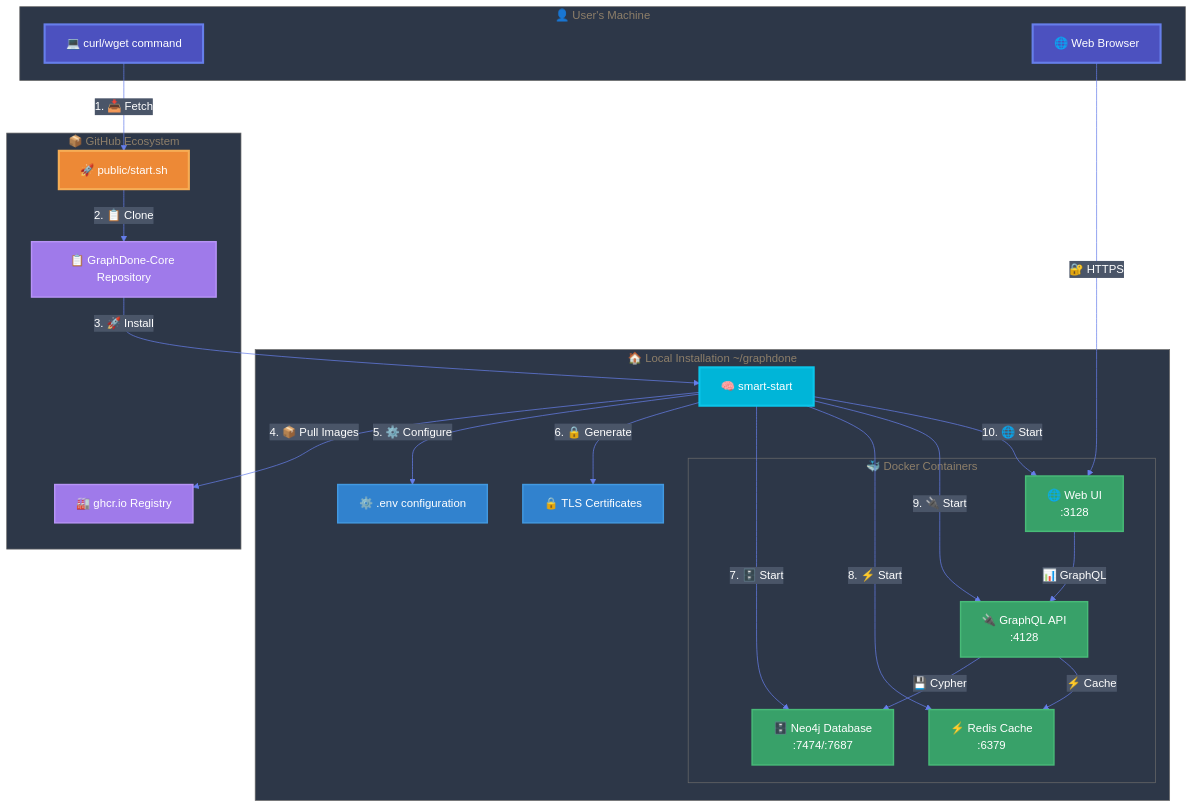
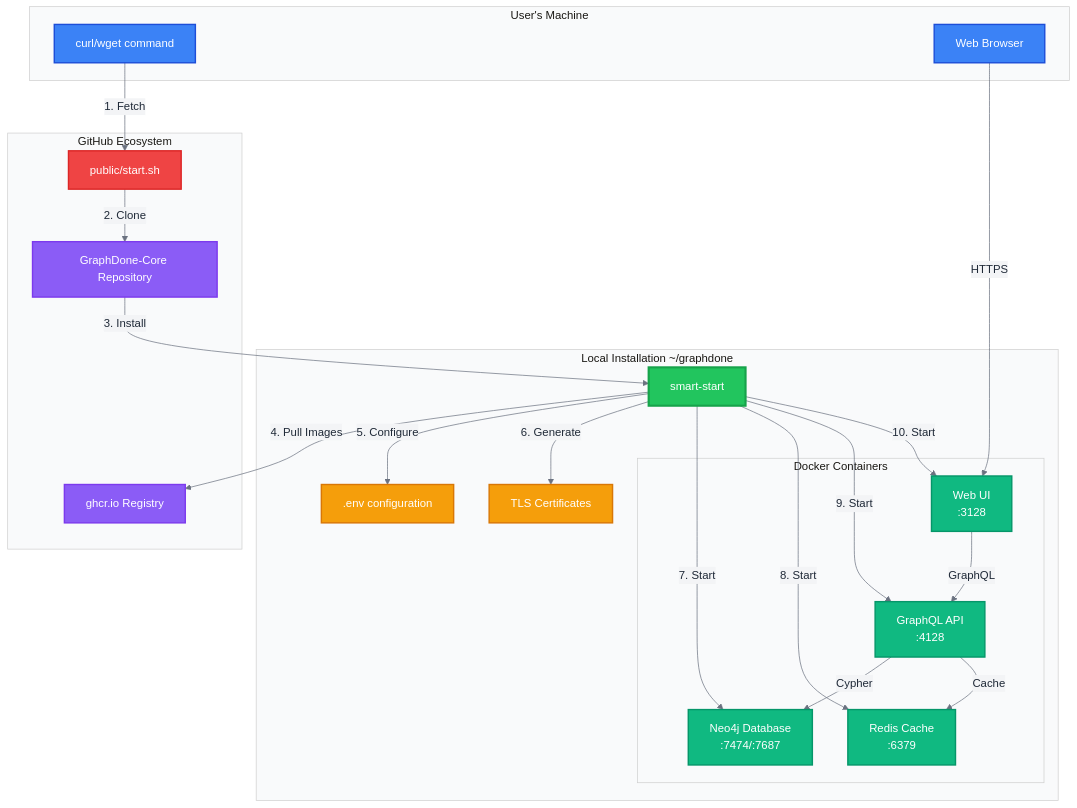
One commit to GraphDone/GraphDone-Core changed the third of 6 diagrams in docs/installation-flow.md. Above: the diagram before and after it, drawn with Mermaid. The commit also changed other lines of this file, not shown here.

First line of the commit message:
🎨 Complete professional redesign of all Mermaid diagrams

````diff
--- a/docs/installation-flow.md
+++ b/docs/installation-flow.md
@@ -150,74 +151,73 @@
 ```mermaid
 %%{init: {
   'theme': 'base',
   'themeVariables': {
-    'primaryColor': '#2D3748',
-    'primaryTextColor': '#FFFFFF',
-    'primaryBorderColor': '#4A5568',
-    'lineColor': '#667EEA',
-    'secondaryColor': '#4A5568',
-    'tertiaryColor': '#718096',
-    'background': '#1A202C',
-    'mainBkg': '#2D3748',
-    'secondBkg': '#4A5568',
-    'tertiaryBkg': '#718096',
-    'clusterBkg': '#2D3748',
-    'altBackground': '#4A5568'
+    'primaryColor': '#FFFFFF',
+    'primaryTextColor': '#1F2937',
+    'primaryBorderColor': '#9CA3AF',
+    'lineColor': '#6B7280',
+    'secondaryColor': '#F3F4F6',
+    'tertiaryColor': '#E5E7EB',
+    'background': '#FFFFFF',
+    'mainBkg': '#FFFFFF',
+    'secondBkg': '#F9FAFB',
+    'tertiaryBkg': '#F3F4F6',
+    'clusterBkg': '#F9FAFB'
   }
 }}%%
 
 graph TB
-    subgraph User ["👤 User's Machine"]
-        CLI[💻 curl/wget command]
-        Browser[🌐 Web Browser]
+    subgraph User ["User's Machine"]
+        CLI[curl/wget command]
+        Browser[Web Browser]
     end
     
-    subgraph GitHub ["📦 GitHub Ecosystem"]
-        Repo[📋 GraphDone-Core Repository]
-        Script[🚀 public/start.sh]
-        Registry[🏭 ghcr.io Registry]
+    subgraph GitHub ["GitHub Ecosystem"]
+        Repo[GraphDone-Core Repository]
+        Script[public/start.sh]
+        Registry[ghcr.io Registry]
     end
     
-    subgraph Local ["🏠 Local Installation ~/graphdone"]
-        SmartStart[🧠 smart-start]
-        ENV[⚙️ .env configuration]
-        Certs[🔒 TLS Certificates]
+    subgraph Local ["Local Installation ~/graphdone"]
+        SmartStart[smart-start]
+        ENV[.env configuration]
+        Certs[TLS Certificates]
         
-        subgraph Containers ["🐳 Docker Containers"]
-            Neo4j[🗄️ Neo4j Database<br/>:7474/:7687]
-            Redis[⚡ Redis Cache<br/>:6379]
-            API[🔌 GraphQL API<br/>:4128]
-            Web[🌐 Web UI<br/>:3128]
+        subgraph Containers ["Docker Containers"]
+            Neo4j[Neo4j Database<br/>:7474/:7687]
+            Redis[Redis Cache<br/>:6379]
+            API[GraphQL API<br/>:4128]
+            Web[Web UI<br/>:3128]
         end
     end
     
-    CLI -->|1. 📥 Fetch| Script
-    Script -->|2. 📋 Clone| Repo
-    Repo -->|3. 🚀 Install| SmartStart
-    SmartStart -->|4. 📦 Pull Images| Registry
-    SmartStart -->|5. ⚙️ Configure| ENV
-    SmartStart -->|6. 🔒 Generate| Certs
-    SmartStart -->|7. 🗄️ Start| Neo4j
-    SmartStart -->|8. ⚡ Start| Redis
-    SmartStart -->|9. 🔌 Start| API
-    SmartStart -->|10. 🌐 Start| Web
+    CLI -->|1. Fetch| Script
+    Script -->|2. Clone| Repo
+    Repo -->|3. Install| SmartStart
+    SmartStart -->|4. Pull Images| Registry
+    SmartStart -->|5. Configure| ENV
+    SmartStart -->|6. Generate| Certs
+    SmartStart -->|7. Start| Neo4j
+    SmartStart -->|8. Start| Redis
+    SmartStart -->|9. Start| API
+    SmartStart -->|10. Start| Web
     
-    Browser -->|🔐 HTTPS| Web
-    Web -->|📊 GraphQL| API
-    API -->|💾 Cypher| Neo4j
-    API -->|⚡ Cache| Redis
+    Browser -->|HTTPS| Web
+    Web -->|GraphQL| API
+    API -->|Cypher| Neo4j
+    API -->|Cache| Redis
     
-    classDef userStyle fill:#4C51BF,stroke:#667EEA,stroke-width:3px,color:#FFFFFF
-    classDef githubStyle fill:#9F7AEA,stroke:#B794F6,stroke-width:2px,color:#FFFFFF
-    classDef localStyle fill:#3182CE,stroke:#4299E1,stroke-width:2px,color:#FFFFFF
-    classDef containerStyle fill:#38A169,stroke:#48BB78,stroke-width:2px,color:#FFFFFF
-    classDef scriptStyle fill:#ED8936,stroke:#F6AD55,stroke-width:3px,color:#FFFFFF
-    classDef smartStyle fill:#00B5D8,stroke:#0BC5EA,stroke-width:3px,color:#FFFFFF
+    classDef userNode fill:#3B82F6,stroke:#1D4ED8,stroke-width:2px,color:#FFFFFF
+    classDef githubNode fill:#8B5CF6,stroke:#7C3AED,stroke-width:2px,color:#FFFFFF
+    classDef configNode fill:#F59E0B,stroke:#D97706,stroke-width:2px,color:#FFFFFF
+    classDef containerNode fill:#10B981,stroke:#059669,stroke-width:2px,color:#FFFFFF
+    classDef scriptNode fill:#EF4444,stroke:#DC2626,stroke-width:2px,color:#FFFFFF
+    classDef smartNode fill:#22C55E,stroke:#16A34A,stroke-width:3px,color:#FFFFFF
     
-    class CLI,Browser userStyle
-    class Repo,Registry githubStyle
-    class ENV,Certs localStyle
-    class Neo4j,Redis,API,Web containerStyle
-    class Script scriptStyle
-    class SmartStart smartStyle
+    class CLI,Browser userNode
+    class Repo,Registry githubNode
+    class ENV,Certs configNode
+    class Neo4j,Redis,API,Web containerNode
+    class Script scriptNode
+    class SmartStart smartNode
 ```
````
